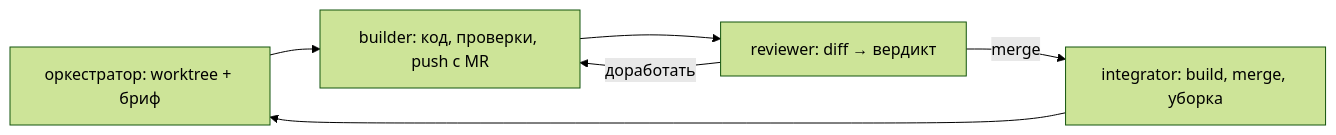
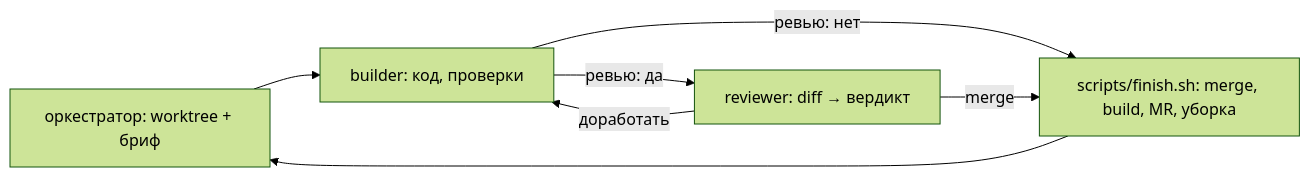
Before and after one commit to Chichetin/tsifrovoy-dvoynik-otdeleniya-pochty-rossii: the diagram in docs/agents.md, drawn with Mermaid (forest theme). The commit also changed other lines of this file and 9 other files, not shown here.

Commit message:
infra: финиш ветки одним скриптом scripts/finish.sh, без integrator (#78)

````diff
--- a/docs/agents.md
+++ b/docs/agents.md
@@ -29,8 +28,9 @@
 ```mermaid
 flowchart LR
-  O[оркестратор: worktree + бриф] --> B[builder: код, проверки, push с MR]
-  B --> R[reviewer: diff → вердикт]
+  O[оркестратор: worktree + бриф] --> B[builder: код, проверки]
+  B -- ревью: нет --> F[scripts/finish.sh: merge, build, MR, уборка]
+  B -- ревью: да --> R[reviewer: diff → вердикт]
   R -- доработать --> B
-  R -- merge --> I[integrator: build, merge, уборка]
-  I --> O
+  R -- merge --> F
+  F --> O
 ```
````
